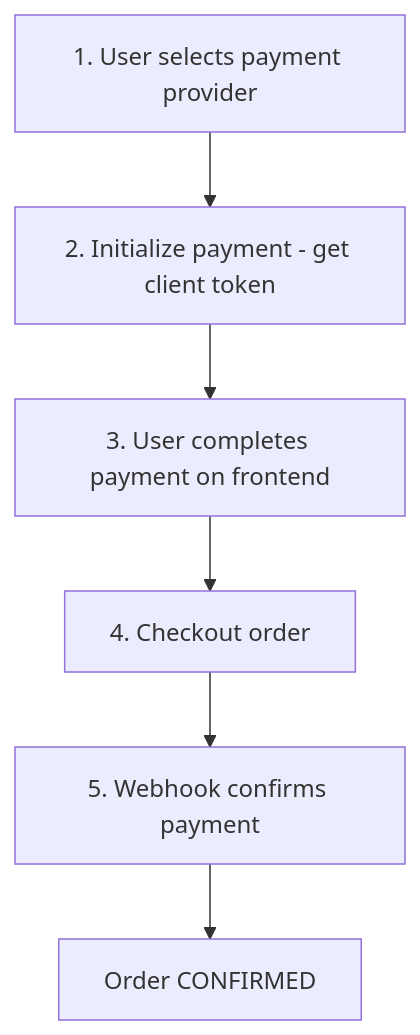
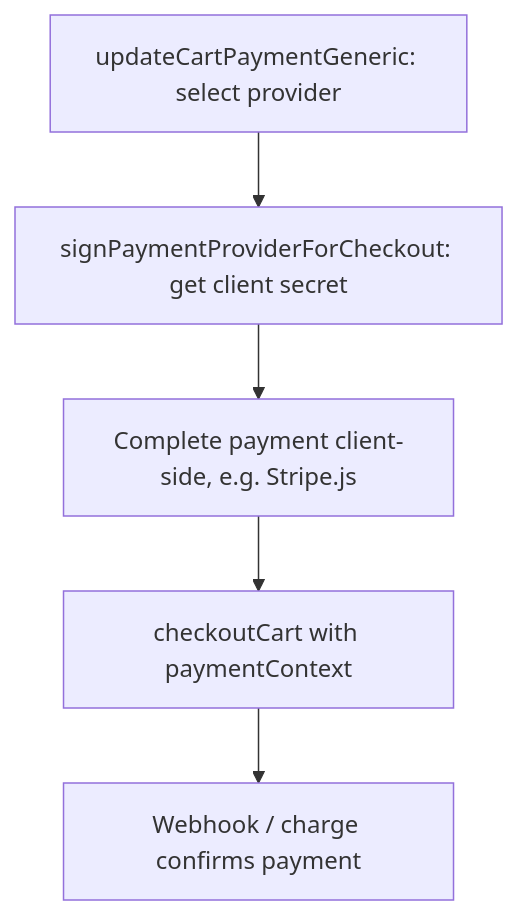
One commit to unchainedshop/unchained changed the diagram in docs/docs/guides/payment-integration.md. Above: the diagram before and after it, drawn with Mermaid. The commit also changed other lines of this file and 165 other files, not shown here.

````diff
--- a/docs/docs/guides/payment-integration.md
+++ b/docs/docs/guides/payment-integration.md
@@ -180,8 +80,7 @@
 ```mermaid
 flowchart TD
-    A[1. User selects payment provider] --> B[2. Initialize payment - get client token]
-    B --> C[3. User completes payment on frontend]
-    C --> D[4. Checkout order]
-    D --> E[5. Webhook confirms payment]
-    E --> F[Order CONFIRMED]
+    A[updateCartPaymentGeneric: select provider] --> B[signPaymentProviderForCheckout: get client secret]
+    B --> C[Complete payment client-side, e.g. Stripe.js]
+    C --> D[checkoutCart with paymentContext]
+    D --> E[Webhook / charge confirms payment]
 ```
````
